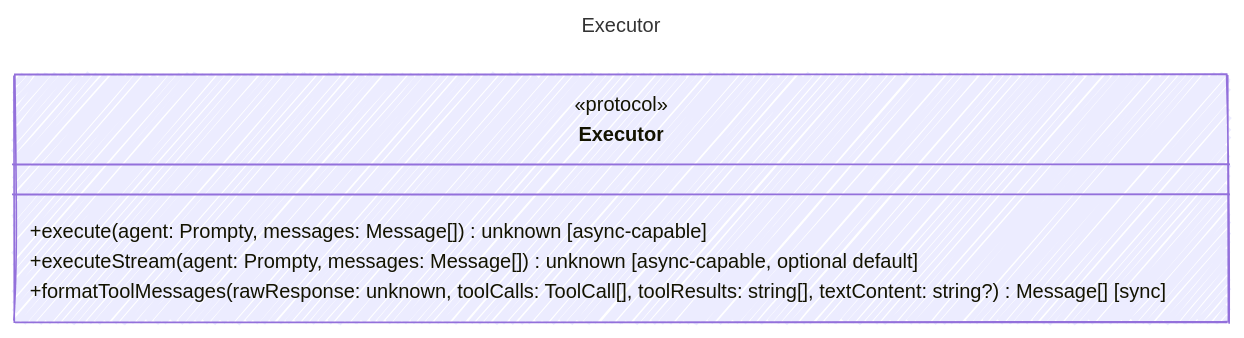
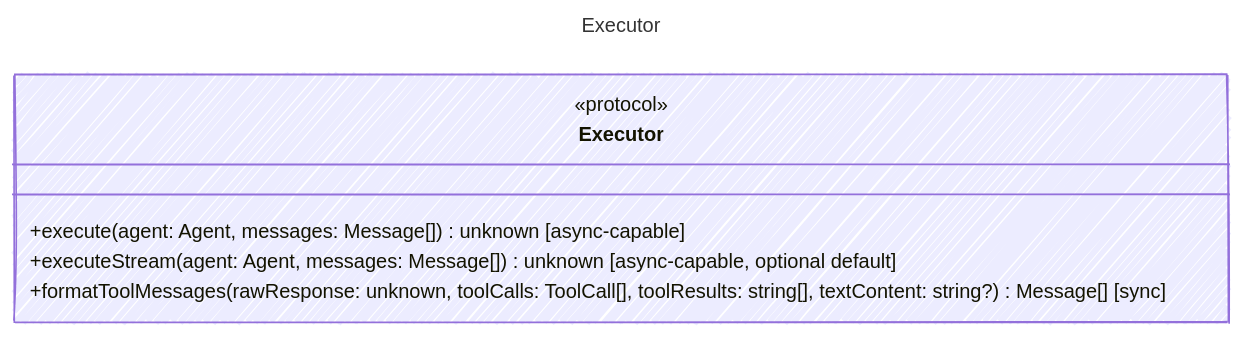
One commit to microsoft/prompty changed the diagram in web/src/content/docs/reference/Executor.md. Above: the diagram before and after it, drawn with Mermaid. The commit also changed other lines of this file and 205 other files, not shown here.

````diff
--- a/web/src/content/docs/reference/Executor.md
+++ b/web/src/content/docs/reference/Executor.md
@@ -12,17 +12,17 @@
 ```mermaid
 ---
 title: Executor
 config:
   look: handDrawn
   theme: colorful
   class:
     hideEmptyMembersBox: true
 ---
 classDiagram
     class Executor {
       <<protocol>>
-        +execute(agent: Prompty, messages: Message[]) unknown [async-capable]
-        +executeStream(agent: Prompty, messages: Message[]) unknown [async-capable, optional default]
+        +execute(agent: Agent, messages: Message[]) unknown [async-capable]
+        +executeStream(agent: Agent, messages: Message[]) unknown [async-capable, optional default]
         +formatToolMessages(rawResponse: unknown, toolCalls: ToolCall[], toolResults: string[], textContent: string?) Message[] [sync]
     }
 ```
````
